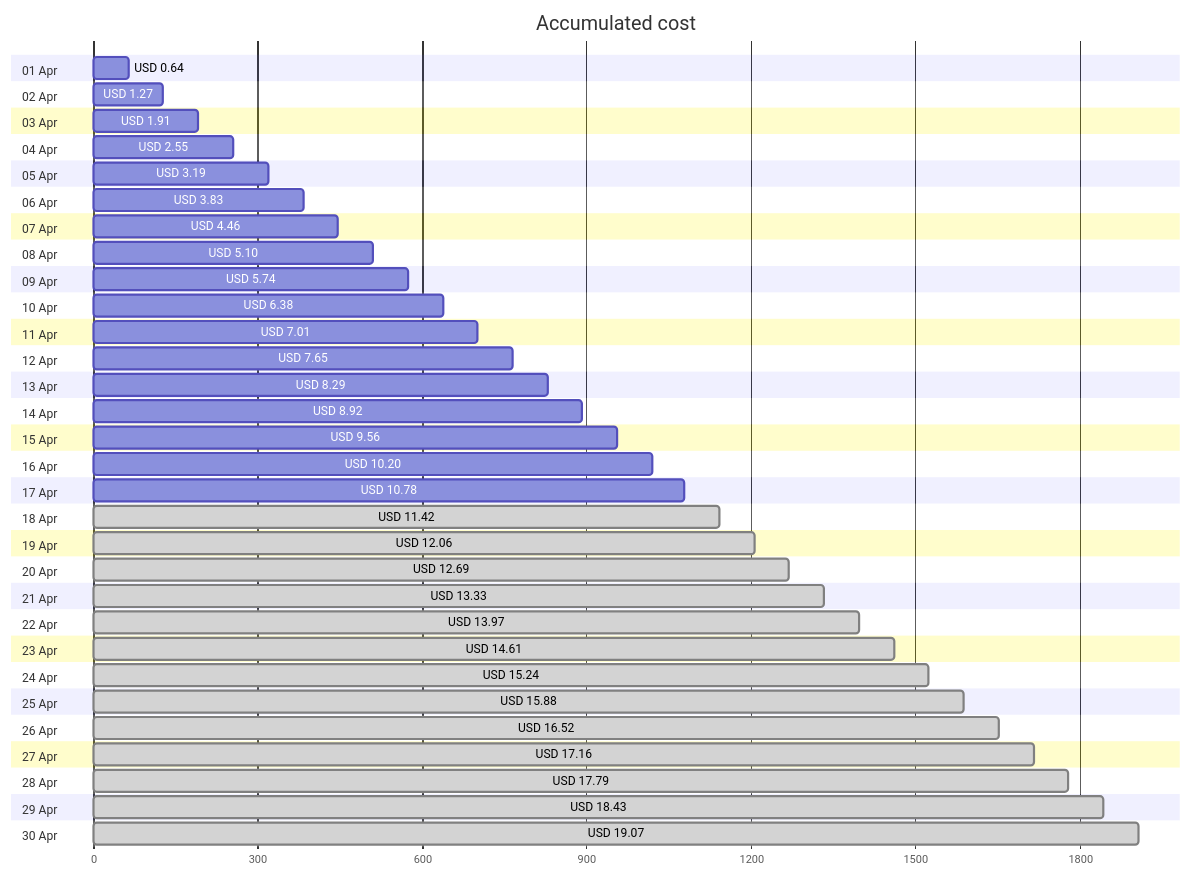
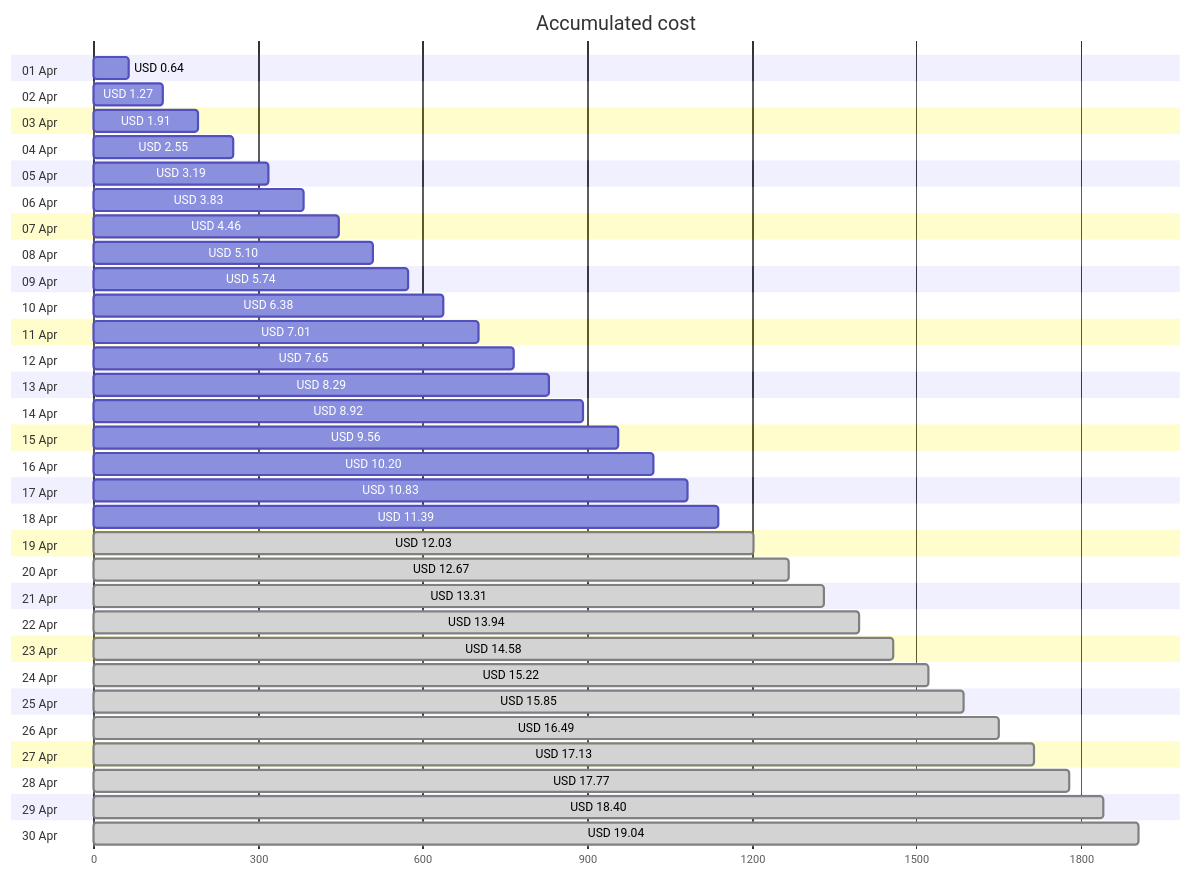
The first of 4 diagrams in cost-reports/accumulated-cost.md (jpfulton/azure-personal-reports), drawn with Mermaid before and after one commit. The commit also changed other lines of this file and 4 other files, not shown here.

````diff
--- a/cost-reports/accumulated-cost.md
+++ b/cost-reports/accumulated-cost.md
@@ -20,66 +20,66 @@
 ```mermaid
 gantt
    title Accumulated cost
    dateFormat  X
    axisFormat %s
    section 01 Apr
    USD 0.64 :0, 64
    section 02 Apr
    USD 1.27 :0, 127
    section 03 Apr
    USD 1.91 :0, 191
    section 04 Apr
    USD 2.55 :0, 255
    section 05 Apr
    USD 3.19 :0, 319
    section 06 Apr
    USD 3.83 :0, 383
    section 07 Apr
    USD 4.46 :0, 446
    section 08 Apr
    USD 5.10 :0, 510
    section 09 Apr
    USD 5.74 :0, 574
    section 10 Apr
    USD 6.38 :0, 638
    section 11 Apr
    USD 7.01 :0, 701
    section 12 Apr
    USD 7.65 :0, 765
    section 13 Apr
    USD 8.29 :0, 829
    section 14 Apr
    USD 8.92 :0, 892
    section 15 Apr
    USD 9.56 :0, 956
    section 16 Apr
    USD 10.20 :0, 1020
    section 17 Apr
-   USD 10.78 :0, 1078
+   USD 10.83 :0, 1083
    section 18 Apr
-   USD 11.42 : done, 0, 1142
+   USD 11.39 :0, 1139
    section 19 Apr
-   USD 12.06 : done, 0, 1206
+   USD 12.03 : done, 0, 1203
    section 20 Apr
-   USD 12.69 : done, 0, 1269
+   USD 12.67 : done, 0, 1267
    section 21 Apr
-   USD 13.33 : done, 0, 1333
+   USD 13.31 : done, 0, 1331
    section 22 Apr
-   USD 13.97 : done, 0, 1397
+   USD 13.94 : done, 0, 1394
    section 23 Apr
-   USD 14.61 : done, 0, 1461
+   USD 14.58 : done, 0, 1458
    section 24 Apr
-   USD 15.24 : done, 0, 1524
+   USD 15.22 : done, 0, 1522
    section 25 Apr
-   USD 15.88 : done, 0, 1588
+   USD 15.85 : done, 0, 1585
    section 26 Apr
-   USD 16.52 : done, 0, 1652
+   USD 16.49 : done, 0, 1649
    section 27 Apr
-   USD 17.16 : done, 0, 1716
+   USD 17.13 : done, 0, 1713
    section 28 Apr
-   USD 17.79 : done, 0, 1779
+   USD 17.77 : done, 0, 1777
    section 29 Apr
-   USD 18.43 : done, 0, 1843
+   USD 18.40 : done, 0, 1840
    section 30 Apr
-   USD 19.07 : done, 0, 1907
+   USD 19.04 : done, 0, 1904
 ```
````
